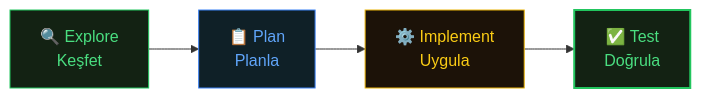
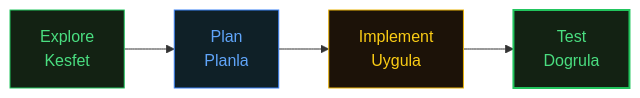
Before and after one commit to alperhankendi/claude-code-mastery: the fourth of 7 diagrams in 06-What-are-Subagents.md, drawn with Mermaid. The commit also changed other lines of this file, not shown here.

````diff
--- a/06-What-are-Subagents.md
+++ b/06-What-are-Subagents.md
@@ -190,11 +188,11 @@
 ```mermaid
 graph LR
-    E["🔍 Explore<br/>Keşfet"] --> P["📋 Plan<br/>Planla"]
-    P --> I["⚙️ Implement<br/>Uygula"]
-    I --> T["✅ Test<br/>Doğrula"]
+    E["Explore<br/>Kesfet"] --> P["Plan<br/>Planla"]
+    P --> I["Implement<br/>Uygula"]
+    I --> T["Test<br/>Dogrula"]
 
     style E fill:#132213,stroke:#22c55e,stroke-width:1px,color:#4ade80
     style P fill:#0f2027,stroke:#3b82f6,stroke-width:1px,color:#60a5fa
     style I fill:#1c1208,stroke:#eab308,stroke-width:1px,color:#facc15
     style T fill:#132213,stroke:#22c55e,stroke-width:2px,color:#4ade80
 ```
````
